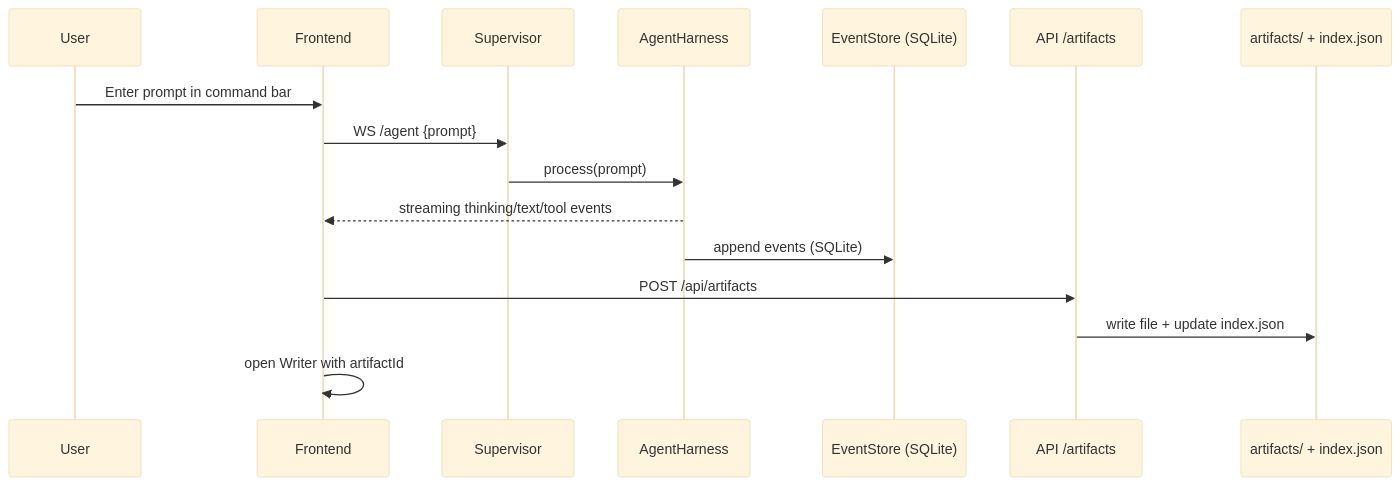
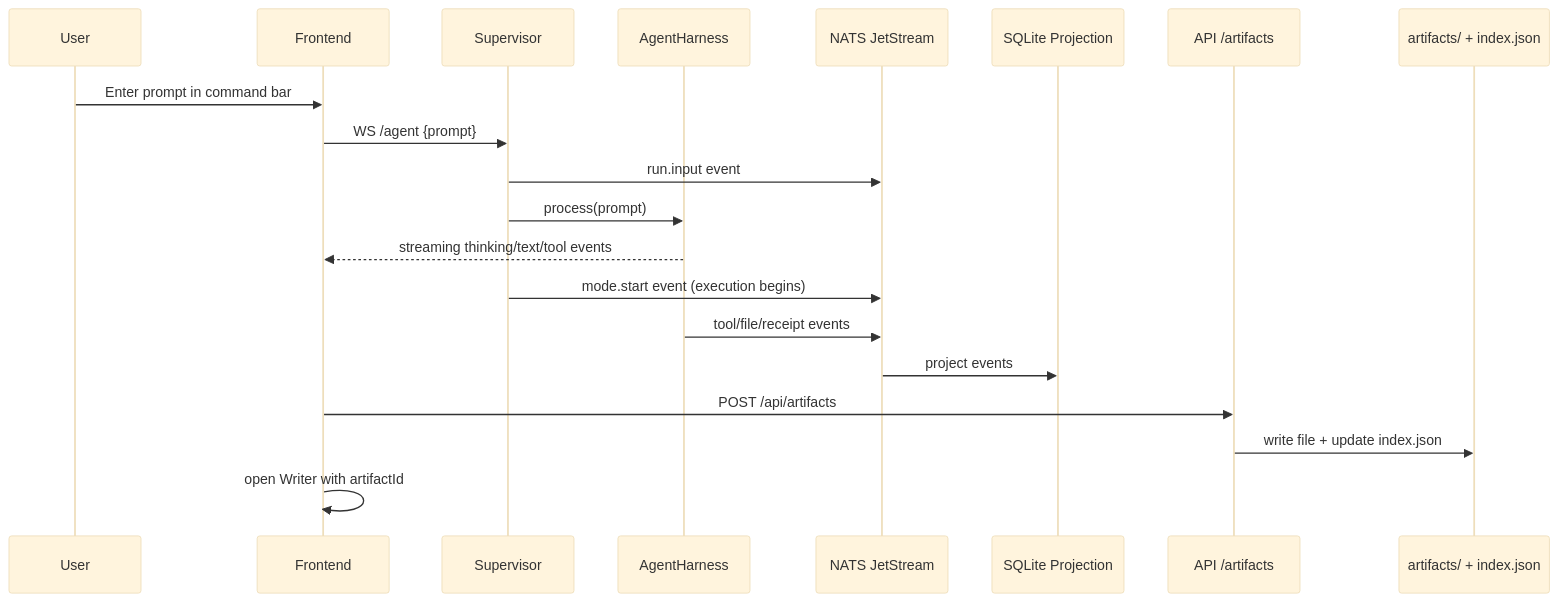
The second of 4 diagrams in docs/current_architecture_jan23.md (yusefmosiah/choirOS), drawn with Mermaid (base theme) before and after one commit. The commit also changed other lines of this file and 117 other files, not shown here.

````diff
--- a/docs/current_architecture_jan23.md
+++ b/docs/current_architecture_jan23.md
@@ -44,19 +44,23 @@
 ```mermaid
 sequenceDiagram
     participant User
     participant FE as Frontend
     participant Sup as Supervisor
     participant Agent as AgentHarness
-    participant DB as EventStore (SQLite)
+    participant NATS as NATS JetStream
+    participant DB as SQLite Projection
     participant API as API /artifacts
     participant FS as artifacts/ + index.json
 
     User->>FE: Enter prompt in command bar
     FE->>Sup: WS /agent {prompt}
+    Sup->>NATS: run.input event
     Sup->>Agent: process(prompt)
     Agent-->>FE: streaming thinking/text/tool events
-    Agent->>DB: append events (SQLite)
+    Sup->>NATS: mode.start event (execution begins)
+    Agent->>NATS: tool/file/receipt events
+    NATS->>DB: project events
     FE->>API: POST /api/artifacts
     API->>FS: write file + update index.json
     FE->>FE: open Writer with artifactId
 ```
````
